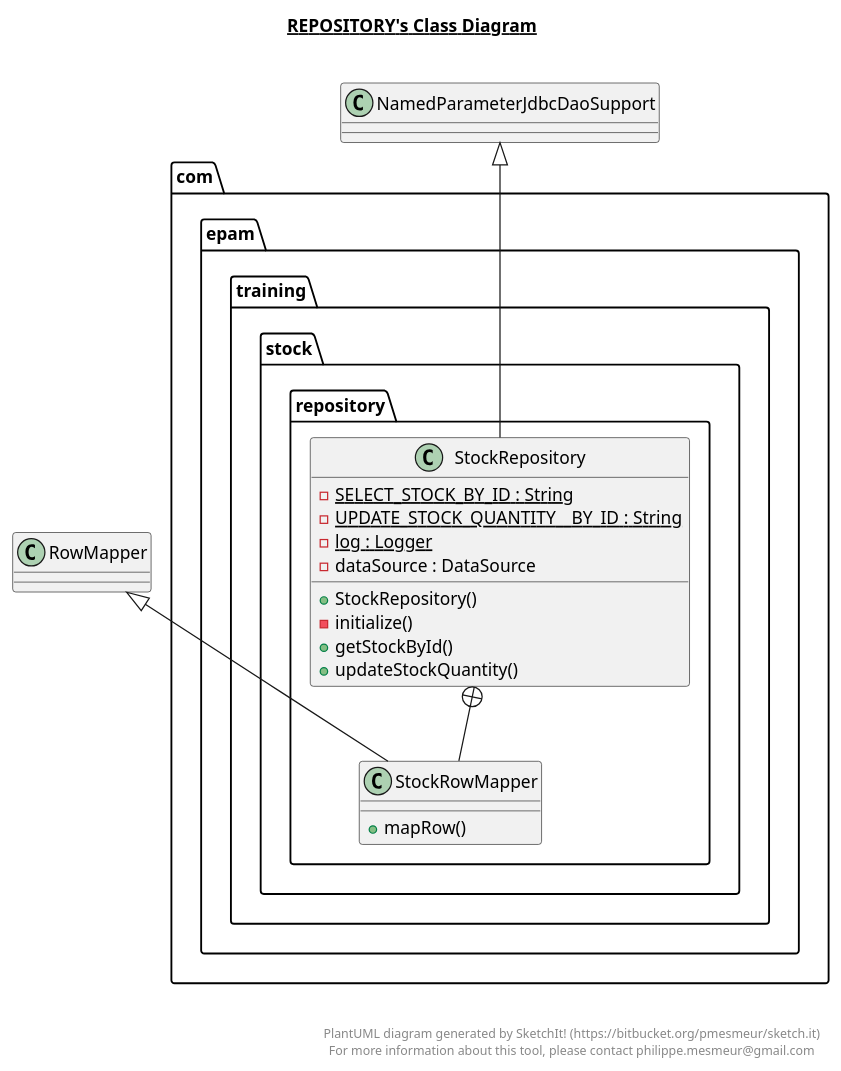
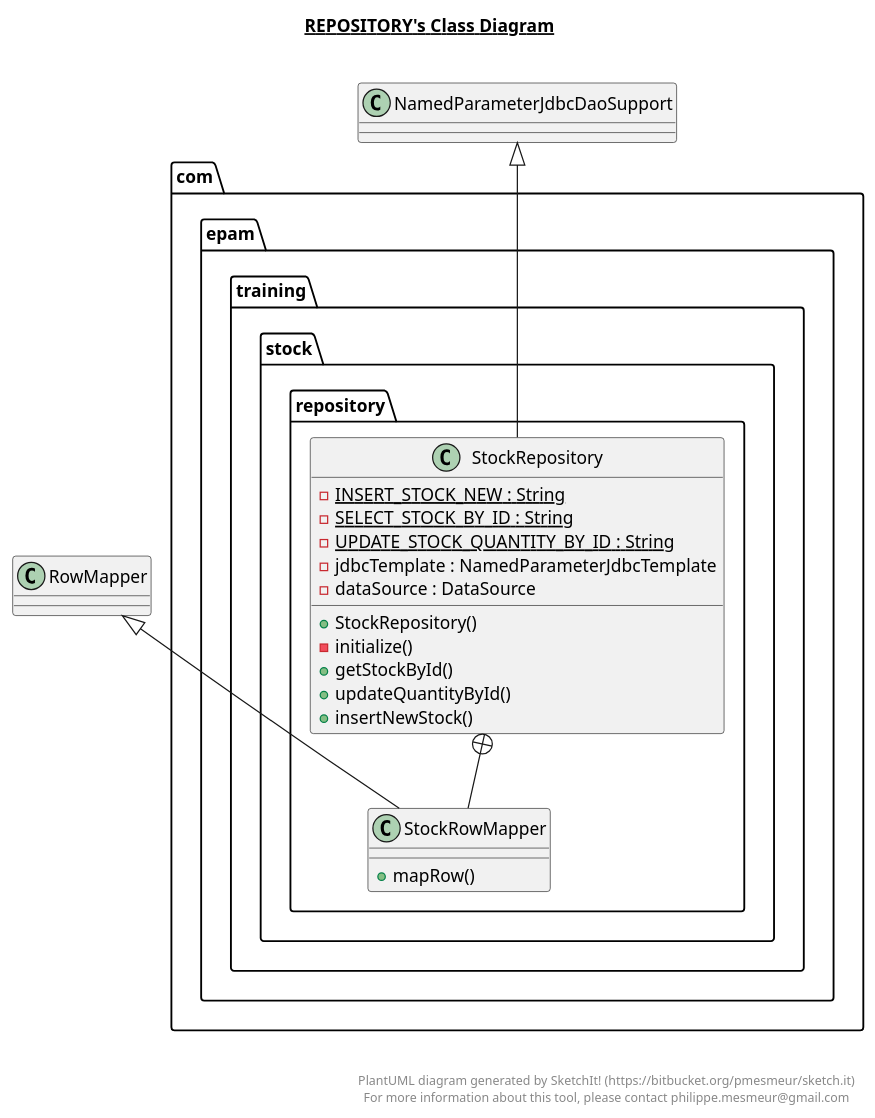
One commit to nik-nenkov/tutoring-rest-api-with-java changed the diagram in src/main/java/com/epam/training/stock/repository/repository.plantuml. Above: the diagram before and after it, drawn with PlantUML. The commit also changed 19 other files, not shown here.

```diff
--- a/src/main/java/com/epam/training/stock/repository/repository.plantuml
+++ b/src/main/java/com/epam/training/stock/repository/repository.plantuml
@@ -1,46 +1,44 @@
 @startuml
 
 title __REPOSITORY's Class Diagram__\n
 
-  package com.epam.training {
-    package com.epam.training.stock {
-      package com.epam.training.stock.repository {
-        class StockRepository {
-            {static} - SELECT_STOCK_BY_ID : String
-            {static} - UPDATE_STOCK_QUANTITY__BY_ID : String
-            {static} - log : Logger
-            - dataSource : DataSource
-            + StockRepository()
-            - initialize()
-            + getStockById()
-            + updateStockQuantity()
-        }
+  package com.epam.training.stock {
+    package com.epam.training.stock.repository {
+      class StockRepository {
+          {static} - INSERT_STOCK_NEW : String
+          {static} - SELECT_STOCK_BY_ID : String
+          {static} - UPDATE_STOCK_QUANTITY_BY_ID : String
+          - jdbcTemplate : NamedParameterJdbcTemplate
+          - dataSource : DataSource
+          + StockRepository()
+          - initialize()
+          + getStockById()
+          + updateQuantityById()
+          + insertNewStock()
       }
     }
   }
   
 
-  package com.epam.training {
-    package com.epam.training.stock {
-      package com.epam.training.stock.repository {
-        class StockRowMapper {
-            + mapRow()
-        }
+  package com.epam.training.stock {
+    package com.epam.training.stock.repository {
+      class StockRowMapper {
+          + mapRow()
       }
     }
   }
   
 
   StockRepository -up-|> NamedParameterJdbcDaoSupport
   StockRepository +-down- StockRowMapper
   StockRowMapper -up-|> RowMapper
 
 
 right footer
 
 
 PlantUML diagram generated by SketchIt! (https://bitbucket.org/pmesmeur/sketch.it)
 For more information about this tool, please contact philippe.mesmeur@gmail.com
 endfooter
 
 @enduml
```
